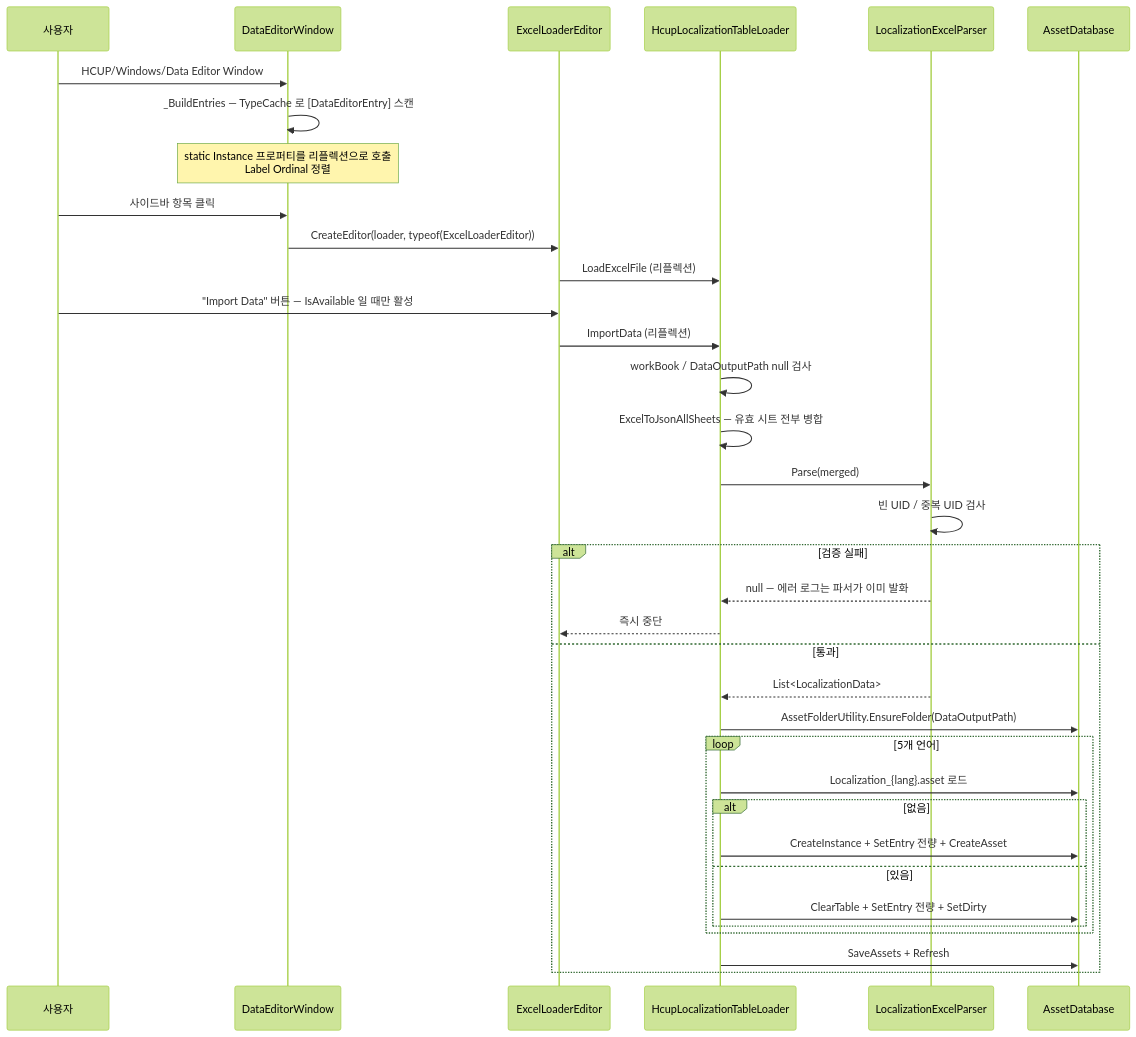
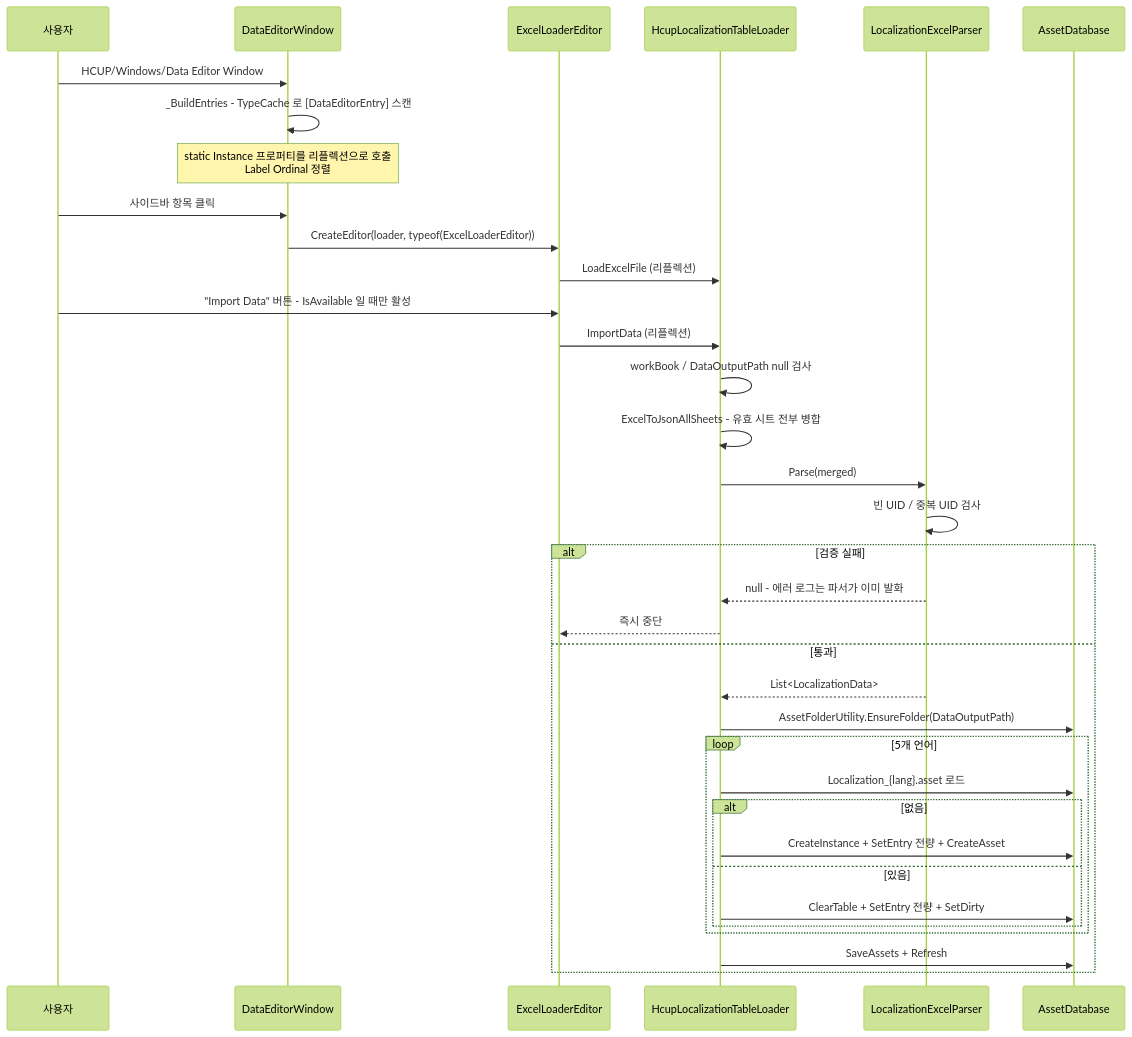
The third of 3 diagrams in HExcel/Editor/README.md (HoHong123/HCUP-Unity), drawn with Mermaid (forest theme) before and after one commit. The commit also changed other lines of this file, not shown here.

Commit message:
[Docs] 📝 21.09.26 Refresh HExcel/Editor README against current code and move stale notes to history

````diff
--- a/HExcel/Editor/README.md
+++ b/HExcel/Editor/README.md
@@ -182,39 +180,39 @@
 ```mermaid
 sequenceDiagram
     participant U as 사용자
     participant W as DataEditorWindow
     participant E as ExcelLoaderEditor
     participant L as HcupLocalizationTableLoader
     participant P as LocalizationExcelParser
     participant AD as AssetDatabase
 
     U->>W: HCUP/Windows/Data Editor Window
-    W->>W: _BuildEntries — TypeCache 로 [DataEditorEntry] 스캔
+    W->>W: _BuildEntries - TypeCache 로 [DataEditorEntry] 스캔
     Note over W: static Instance 프로퍼티를 리플렉션으로 호출<br/>Label Ordinal 정렬
     U->>W: 사이드바 항목 클릭
     W->>E: CreateEditor(loader, typeof(ExcelLoaderEditor))
     E->>L: LoadExcelFile (리플렉션)
 
-    U->>E: "Import Data" 버튼 — IsAvailable 일 때만 활성
+    U->>E: "Import Data" 버튼 - IsAvailable 일 때만 활성
     E->>L: ImportData (리플렉션)
     L->>L: workBook / DataOutputPath null 검사
-    L->>L: ExcelToJsonAllSheets — 유효 시트 전부 병합
+    L->>L: ExcelToJsonAllSheets - 유효 시트 전부 병합
     L->>P: Parse(merged)
     P->>P: 빈 UID / 중복 UID 검사
     alt 검증 실패
-        P-->>L: null — 에러 로그는 파서가 이미 발화
+        P-->>L: null - 에러 로그는 파서가 이미 발화
         L-->>E: 즉시 중단
     else 통과
         P-->>L: List<LocalizationData>
         L->>AD: AssetFolderUtility.EnsureFolder(DataOutputPath)
         loop 5개 언어
             L->>AD: Localization_{lang}.asset 로드
             alt 없음
                 L->>AD: CreateInstance + SetEntry 전량 + CreateAsset
             else 있음
                 L->>AD: ClearTable + SetEntry 전량 + SetDirty
             end
         end
         L->>AD: SaveAssets + Refresh
     end
 ```
````
